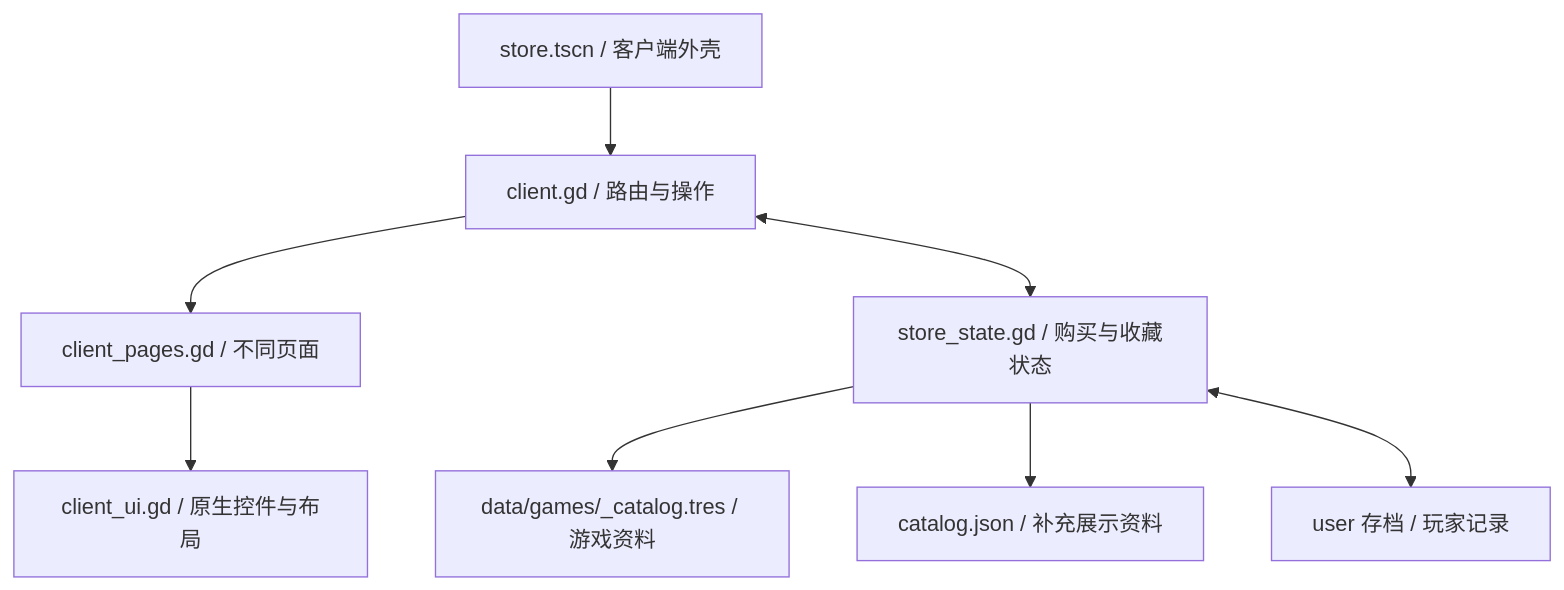
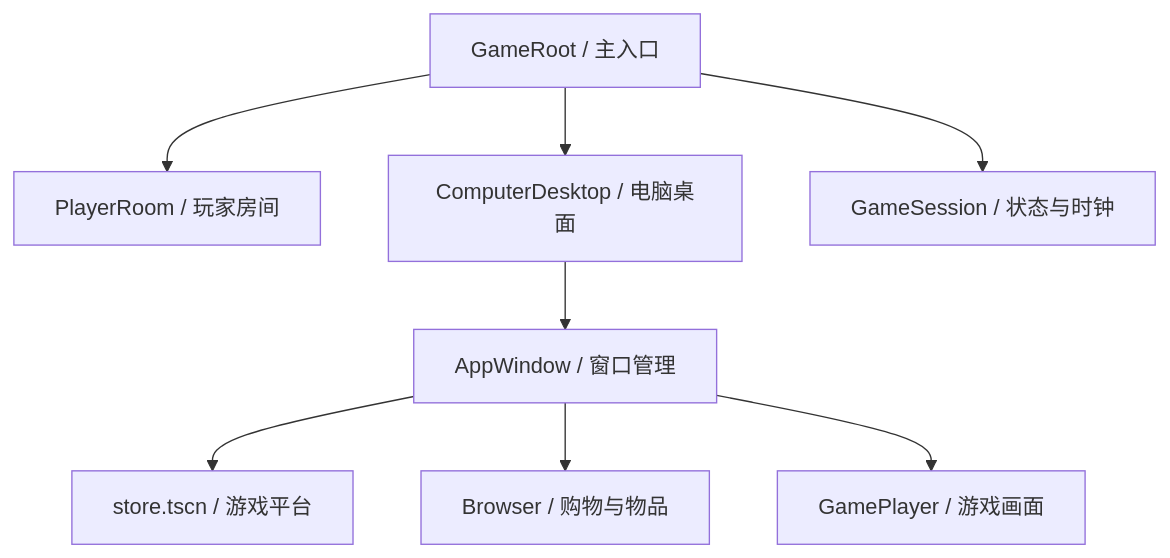
Before and after one commit to lqc19891229/GameMemoirStore: the diagram in CLIENT_STRUCTURE.md, drawn with Mermaid. The commit also changed other lines of this file and 43 other files, not shown here.

````diff
--- a/CLIENT_STRUCTURE.md
+++ b/CLIENT_STRUCTURE.md
@@ -26,10 +7,10 @@
 ```mermaid
 flowchart TD
-  A["store.tscn / 客户端外壳"] --> B["client.gd / 路由与操作"]
-  B --> C["client_pages.gd / 不同页面"]
-  C --> D["client_ui.gd / 原生控件与布局"]
-  B <--> E["store_state.gd / 购买与收藏状态"]
-  E --> F["data/games/_catalog.tres / 游戏资料"]
-  E --> H["catalog.json / 补充展示资料"]
-  E <--> G["user 存档 / 玩家记录"]
+  Root["GameRoot / 主入口"] --> Room["PlayerRoom / 玩家房间"]
+  Root --> Desktop["ComputerDesktop / 电脑桌面"]
+  Root --> Session["GameSession / 状态与时钟"]
+  Desktop --> Windows["AppWindow / 窗口管理"]
+  Windows --> Client["store.tscn / 游戏平台"]
+  Windows --> Browser["Browser / 购物与物品"]
+  Windows --> Player["GamePlayer / 游戏画面"]
 ```
````
